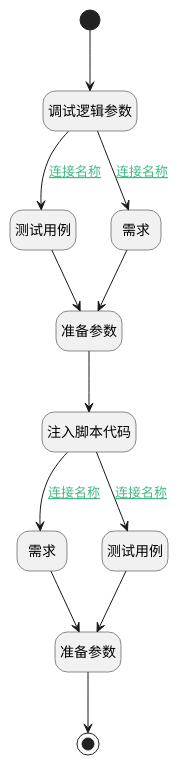
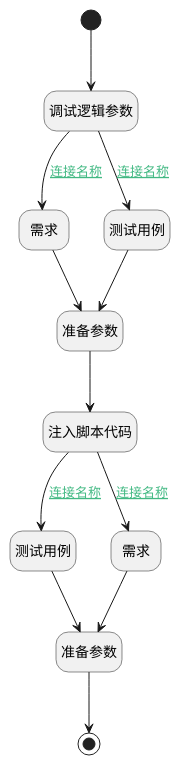
One commit to iBizLab/plm changed the diagram in doc/docsify/module/TestMgmt/review_content/uilogic/review_content_version_comparison.md. Above: the diagram before and after it, drawn with PlantUML. The commit also changed other lines of this file and 1473 other files, not shown here.

````diff
--- a/doc/docsify/module/TestMgmt/review_content/uilogic/review_content_version_comparison.md
+++ b/doc/docsify/module/TestMgmt/review_content/uilogic/review_content_version_comparison.md
@@ -7,37 +7,37 @@
 ```plantuml
 @startuml
 hide footbox
 <style>
 root {
   HyperlinkColor #42b983
 }
 </style>
 
 hide empty description
 state "开始" as Begin <<start>> [[$./review_content_version_comparison#begin {开始}]]
-state "调试逻辑参数" as DEBUGPARAM1  [[$./review_content_version_comparison#debugparam1 {调试逻辑参数}]]
-state "测试用例" as PREPAREJSPARAM1  [[$./review_content_version_comparison#preparejsparam1 {测试用例}]]
+state "测试用例" as DEUIACTION1  [[$./review_content_version_comparison#deuiaction1 {测试用例}]]
+state "注入脚本代码" as RAWJSCODE1  [[$./review_content_version_comparison#rawjscode1 {注入脚本代码}]]
 state "准备参数" as PREPAREJSPARAM4  [[$./review_content_version_comparison#preparejsparam4 {准备参数}]]
 state "结束" as END1 <<end>> [[$./review_content_version_comparison#end1 {结束}]]
+state "需求" as PREPAREJSPARAM3  [[$./review_content_version_comparison#preparejsparam3 {需求}]]
+state "需求" as DEUIACTION2  [[$./review_content_version_comparison#deuiaction2 {需求}]]
 state "准备参数" as PREPAREJSPARAM2  [[$./review_content_version_comparison#preparejsparam2 {准备参数}]]
-state "需求" as DEUIACTION2  [[$./review_content_version_comparison#deuiaction2 {需求}]]
-state "注入脚本代码" as RAWJSCODE1  [[$./review_content_version_comparison#rawjscode1 {注入脚本代码}]]
-state "测试用例" as DEUIACTION1  [[$./review_content_version_comparison#deuiaction1 {测试用例}]]
-state "需求" as PREPAREJSPARAM3  [[$./review_content_version_comparison#preparejsparam3 {需求}]]
+state "测试用例" as PREPAREJSPARAM1  [[$./review_content_version_comparison#preparejsparam1 {测试用例}]]
+state "调试逻辑参数" as DEBUGPARAM1  [[$./review_content_version_comparison#debugparam1 {调试逻辑参数}]]
 
 
 Begin --> DEBUGPARAM1
 DEBUGPARAM1 --> PREPAREJSPARAM1 : [[$./review_content_version_comparison#debugparam1-preparejsparam1{连接名称} 连接名称]]
 PREPAREJSPARAM1 --> PREPAREJSPARAM4
 PREPAREJSPARAM4 --> RAWJSCODE1
 RAWJSCODE1 --> DEUIACTION1 : [[$./review_content_version_comparison#rawjscode1-deuiaction1{连接名称} 连接名称]]
 DEUIACTION1 --> PREPAREJSPARAM2
 PREPAREJSPARAM2 --> END1
 RAWJSCODE1 --> DEUIACTION2 : [[$./review_content_version_comparison#rawjscode1-deuiaction2{连接名称} 连接名称]]
 DEUIACTION2 --> PREPAREJSPARAM2
 DEBUGPARAM1 --> PREPAREJSPARAM3 : [[$./review_content_version_comparison#debugparam1-preparejsparam3{连接名称} 连接名称]]
 PREPAREJSPARAM3 --> PREPAREJSPARAM4
 
 
 @enduml
 ```
````
